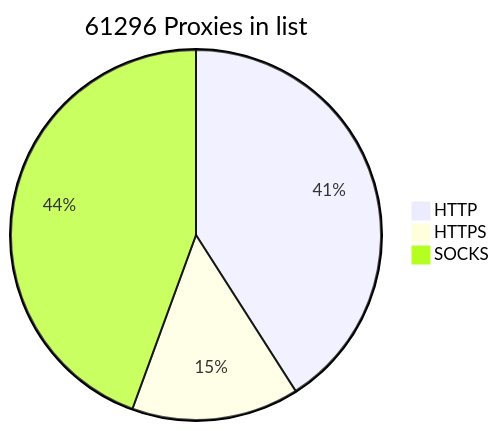
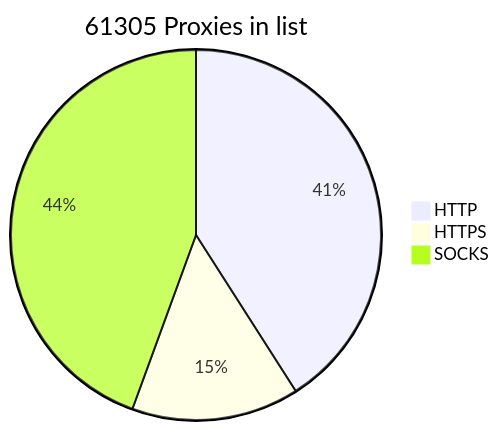
Before and after one commit to BlackSnowDot/proxylist-update-every-minute: the diagram in README.md, drawn with Mermaid.

````diff
--- a/README.md
+++ b/README.md
@@ -2,6 +2,6 @@
 ```mermaid
-pie title 61296 Proxies in list
-    "HTTP" : 28456
-    "HTTPS": 10164
-    "SOCKS" : 30866
+pie title 61305 Proxies in list
+    "HTTP" : 28458
+    "HTTPS": 10167
+    "SOCKS" : 30871
 ```
````
